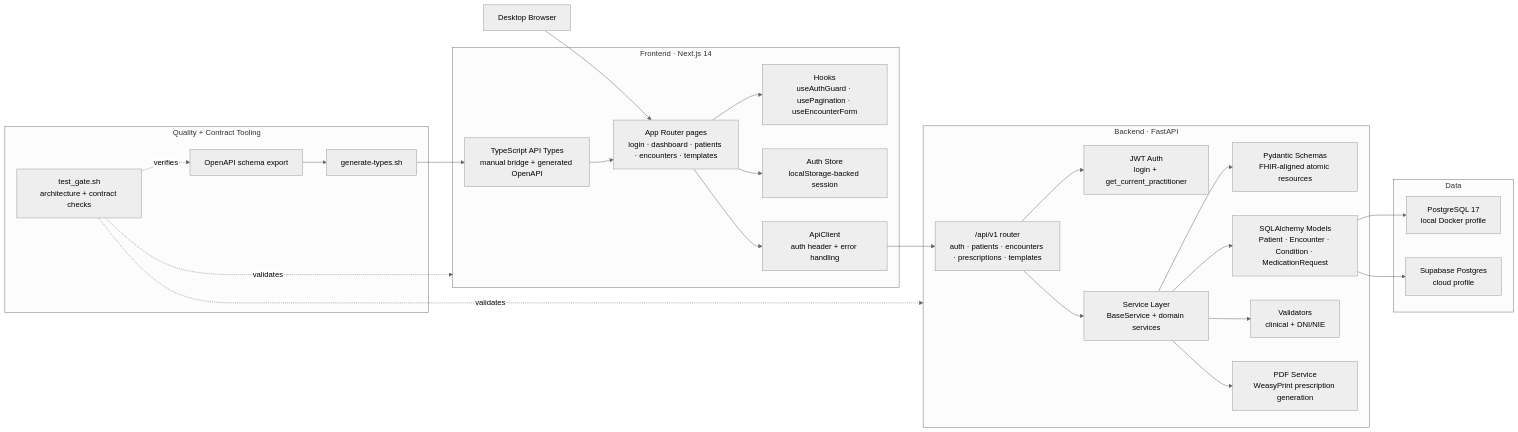
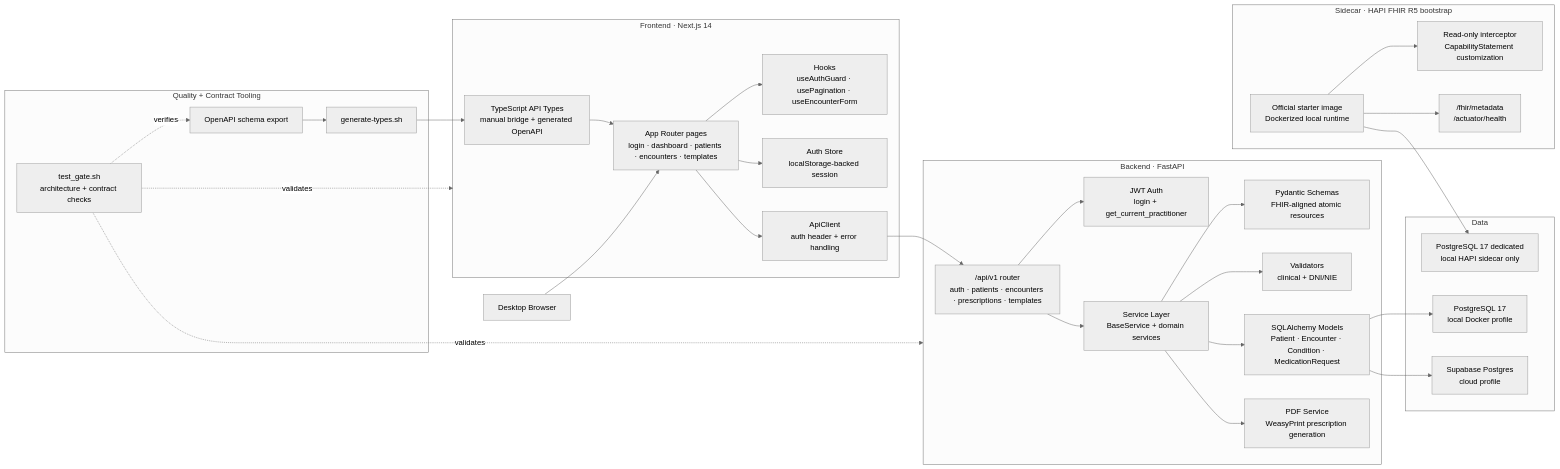
One commit to AIOjPINEDA/EHR_Local changed the second of 2 diagrams in docs/architecture/overview.md. Above: the diagram before and after it, drawn with Mermaid (neutral theme). The commit also changed other lines of this file and 11 other files, not shown here.

Commit message:
docs(repo): align governance and architecture with implemented hapi baseline

````diff
--- a/docs/architecture/overview.md
+++ b/docs/architecture/overview.md
@@ -40,55 +46,65 @@
 ```mermaid
 flowchart LR
     Browser["Desktop Browser"]
 
     subgraph Frontend["Frontend · Next.js 14"]
         Pages["App Router pages\nlogin · dashboard · patients · encounters · templates"]
         Hooks["Hooks\nuseAuthGuard · usePagination · useEncounterForm"]
         Store["Auth Store\nlocalStorage-backed session"]
         ApiClient["ApiClient\nauth header + error handling"]
         Types["TypeScript API Types\nmanual bridge + generated OpenAPI"]
     end
 
     subgraph Backend["Backend · FastAPI"]
         Router["/api/v1 router\nauth · patients · encounters · prescriptions · templates"]
         Auth["JWT Auth\nlogin + get_current_practitioner"]
         Services["Service Layer\nBaseService + domain services"]
         Schemas["Pydantic Schemas\nFHIR-aligned atomic resources"]
         Models["SQLAlchemy Models\nPatient · Encounter · Condition · MedicationRequest"]
         Validators["Validators\nclinical + DNI/NIE"]
         PdfService["PDF Service\nWeasyPrint prescription generation"]
     end
 
+    subgraph Sidecar["Sidecar · HAPI FHIR R5 bootstrap"]
+        Starter["Official starter image\nDockerized local runtime"]
+        Overlay["Read-only interceptor\nCapabilityStatement customization"]
+        Ops["/fhir/metadata\n/actuator/health"]
+    end
+
     subgraph Data["Data"]
         LocalPG["PostgreSQL 17\nlocal Docker profile"]
         SupabasePG["Supabase Postgres\ncloud profile"]
+        HapiPG["PostgreSQL 17 dedicated\nlocal HAPI sidecar only"]
     end
 
     subgraph Tooling["Quality + Contract Tooling"]
         OpenAPI["OpenAPI schema export"]
         TypeGen["generate-types.sh"]
         Gate["test_gate.sh\narchitecture + contract checks"]
     end
 
     Browser --> Pages
     Pages --> Hooks
     Pages --> Store
     Pages --> ApiClient
     ApiClient --> Router
     Types --> Pages
     OpenAPI --> TypeGen
     TypeGen --> Types
 
     Router --> Auth
     Router --> Services
     Services --> Schemas
     Services --> Validators
     Services --> Models
     Services --> PdfService
     Models --> LocalPG
     Models --> SupabasePG
+    Starter --> Overlay
+    Starter --> Ops
+    Starter --> HapiPG
 
     Gate -. validates .-> Frontend
     Gate -. validates .-> Backend
     Gate -. verifies .-> OpenAPI
 ```
````
